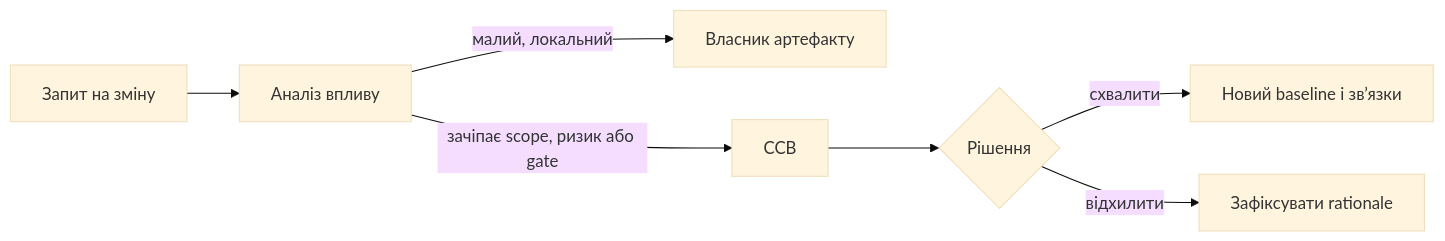
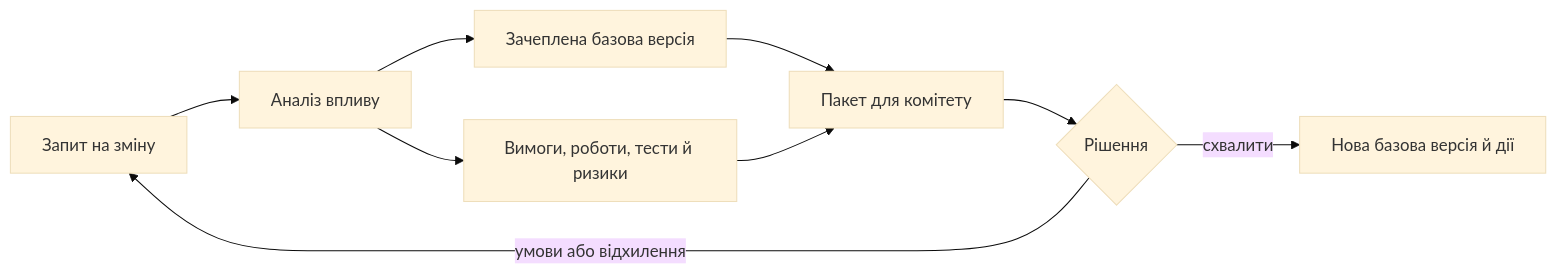
The diagram in Project_Management/DOU-Baselines-CCB-Digital-System-UA.md (nick-fedchik/articles), drawn with Mermaid (base theme) before and after one commit. The commit also changed other lines of this file and 29 other files, not shown here.

````diff
--- a/Project_Management/DOU-Baselines-CCB-Digital-System-UA.md
+++ b/Project_Management/DOU-Baselines-CCB-Digital-System-UA.md
@@ -5,9 +49,11 @@
 ```mermaid
 flowchart LR
-  C[Запит на зміну] --> A[Аналіз впливу]
-  A -->|малий, локальний| O[Власник артефакту]
-  A -->|зачіпає scope, ризик або gate| B[CCB]
-  B --> D{Рішення}
-  D -->|схвалити| N[Новий baseline і зв’язки]
-  D -->|відхилити| H[Зафіксувати rationale]
+    CR[Запит на зміну] --> I[Аналіз впливу]
+    I --> B[Зачеплена базова версія]
+    I --> T[Вимоги, роботи, тести й ризики]
+    B --> P[Пакет для комітету]
+    T --> P
+    P --> D{Рішення}
+    D -->|схвалити| NB[Нова базова версія й дії]
+    D -->|умови або відхилення| CR
 ```
````
